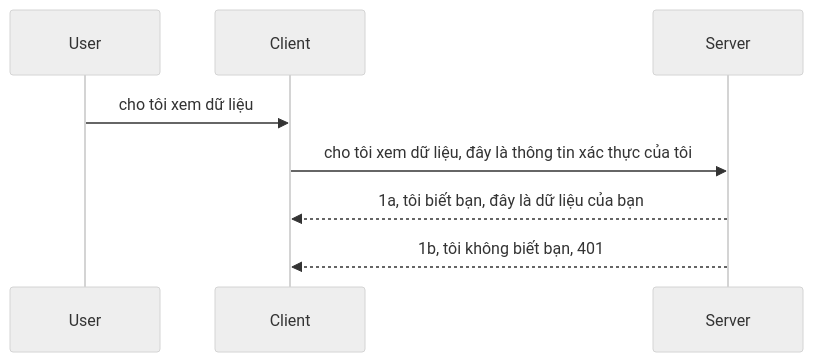
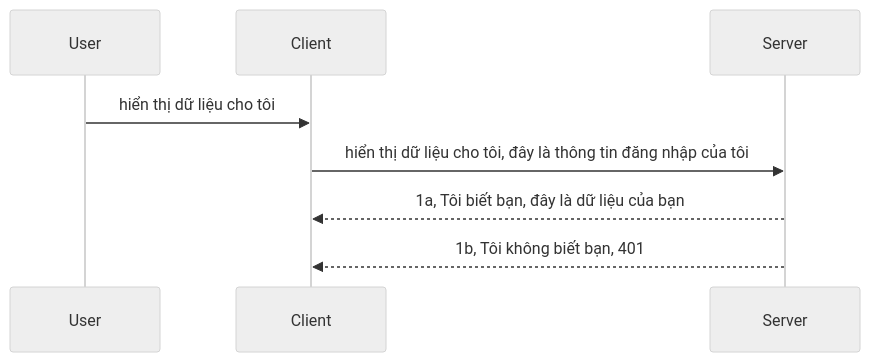
The diagram in mcp_ecosystem__model_context_protocol/mcp_learning_resources/mcp-for-beginners/translations/vi/03-GettingStarted/11-simple-auth/README.md (HIDORAKAI002/ai-workspace-archive), drawn with Mermaid (neutral theme) before and after one commit. The commit also changed other lines of this file and 1160 other files, not shown here.

````diff
--- a/mcp_ecosystem__model_context_protocol/mcp_learning_resources/mcp-for-beginners/translations/vi/03-GettingStarted/11-simple-auth/README.md
+++ b/mcp_ecosystem__model_context_protocol/mcp_learning_resources/mcp-for-beginners/translations/vi/03-GettingStarted/11-simple-auth/README.md
@@ -24,11 +24,11 @@
 ```mermaid
 sequenceDiagram
    participant User
    participant Client
    participant Server
 
-   User->>Client: cho tôi xem dữ liệu
-   Client->>Server: cho tôi xem dữ liệu, đây là thông tin xác thực của tôi
-   Server-->>Client: 1a, tôi biết bạn, đây là dữ liệu của bạn
-   Server-->>Client: 1b, tôi không biết bạn, 401 
+   User->>Client: hiển thị dữ liệu cho tôi
+   Client->>Server: hiển thị dữ liệu cho tôi, đây là thông tin đăng nhập của tôi
+   Server-->>Client: 1a, Tôi biết bạn, đây là dữ liệu của bạn
+   Server-->>Client: 1b, Tôi không biết bạn, 401 
 ```
````
